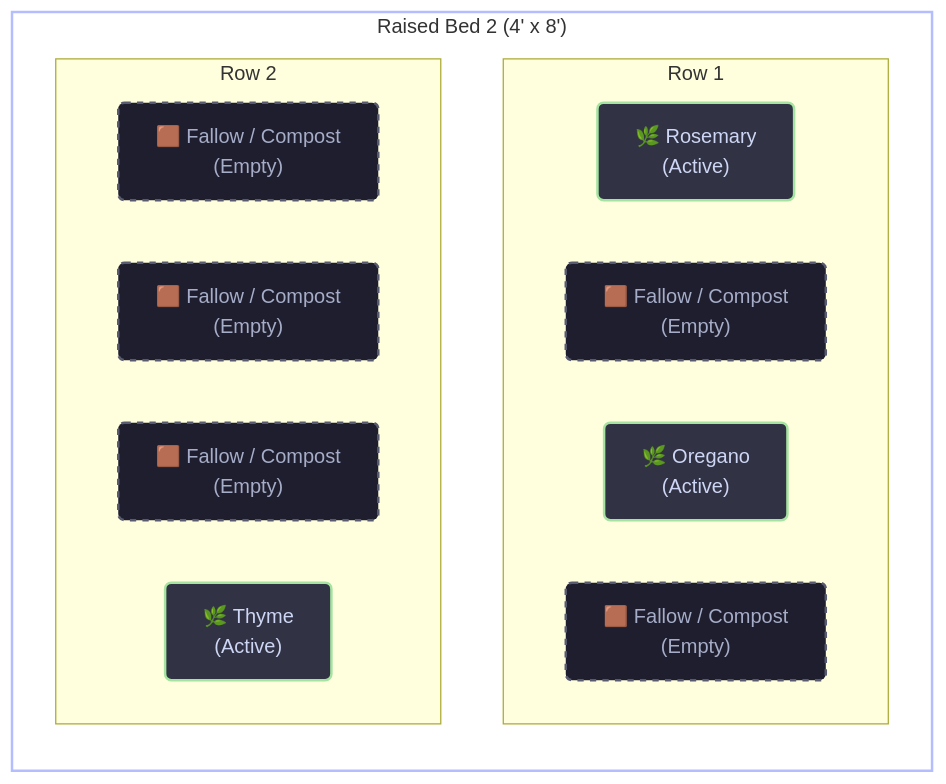
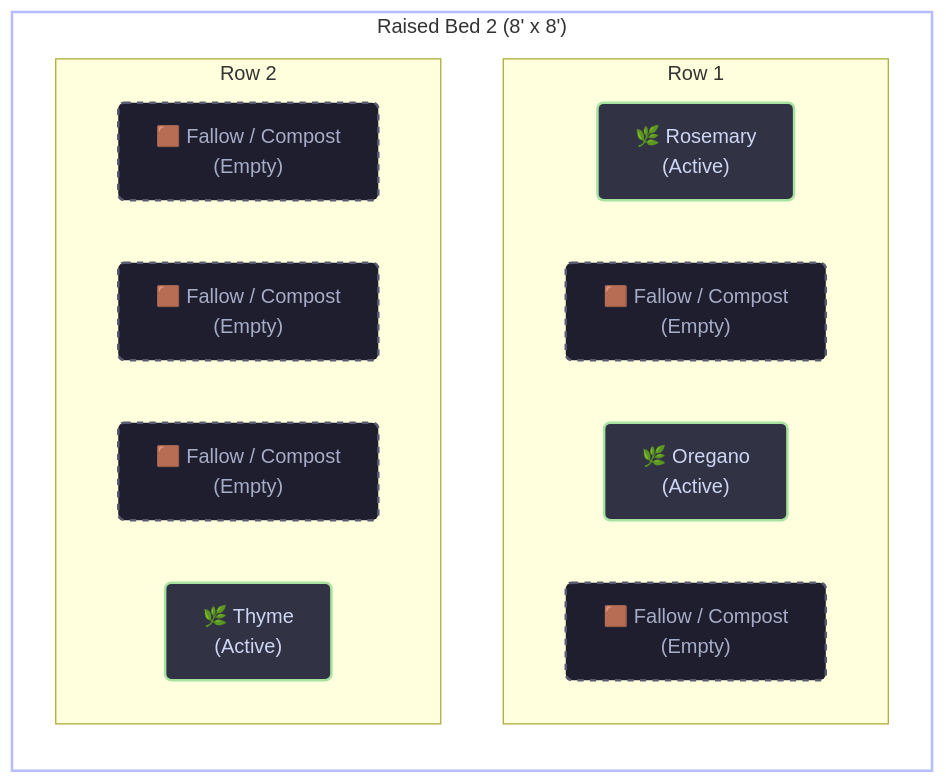
One commit to nicholaswilde/gardening changed the diagram in docs/beds/raised-bed-2.md. Above: the diagram before and after it, drawn with Mermaid. The commit also changed other lines of this file and 2 other files, not shown here.

Commit message:
docs(beds): Update dimensions of all 3 raised beds to 8' x 8' x 1.5'

````diff
--- a/docs/beds/raised-bed-2.md
+++ b/docs/beds/raised-bed-2.md
@@ -15,34 +15,34 @@
 ```mermaid
 flowchart TD
-    subgraph Bed ["Raised Bed 2 (4' x 8')"]
+    subgraph Bed ["Raised Bed 2 (8' x 8')"]
         direction TB
         subgraph Row1 ["Row 1"]
             direction LR
             cell1_1["🌿 Rosemary<br>(Active)"]
             cell1_2["🟫 Fallow / Compost<br>(Empty)"]
             cell1_3["🌿 Oregano<br>(Active)"]
             cell1_4["🟫 Fallow / Compost<br>(Empty)"]
         end
         subgraph Row2 ["Row 2"]
             direction LR
             cell2_1["🟫 Fallow / Compost<br>(Empty)"]
             cell2_2["🟫 Fallow / Compost<br>(Empty)"]
             cell2_3["🟫 Fallow / Compost<br>(Empty)"]
             cell2_4["🌿 Thyme<br>(Active)"]
         end
     end
 
     style Bed fill:transparent,stroke:#b4befe,stroke-width:2px
     style cell1_1 fill:#313244,stroke:#a6e3a1,stroke-width:2px,color:#cdd6f4,rx:5,ry:5
     style cell1_2 fill:#1e1e2e,stroke:#585b70,stroke-width:2px,color:#a6adc8,stroke-dasharray: 5 5,rx:5,ry:5
     style cell1_3 fill:#313244,stroke:#a6e3a1,stroke-width:2px,color:#cdd6f4,rx:5,ry:5
     style cell1_4 fill:#1e1e2e,stroke:#585b70,stroke-width:2px,color:#a6adc8,stroke-dasharray: 5 5,rx:5,ry:5
     style cell2_1 fill:#1e1e2e,stroke:#585b70,stroke-width:2px,color:#a6adc8,stroke-dasharray: 5 5,rx:5,ry:5
     style cell2_2 fill:#1e1e2e,stroke:#585b70,stroke-width:2px,color:#a6adc8,stroke-dasharray: 5 5,rx:5,ry:5
     style cell2_3 fill:#1e1e2e,stroke:#585b70,stroke-width:2px,color:#a6adc8,stroke-dasharray: 5 5,rx:5,ry:5
     style cell2_4 fill:#313244,stroke:#a6e3a1,stroke-width:2px,color:#cdd6f4,rx:5,ry:5
 
     click cell1_1 "../plants/rosemary.md" "Rosemary Profile"
     click cell1_3 "../plants/oregano.md" "Oregano Profile"
     click cell2_4 "../plants/thyme.md" "Thyme Profile"
 ```
````
